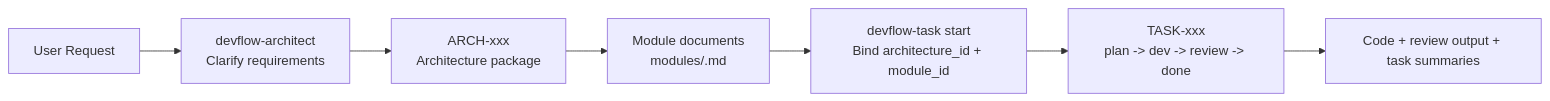
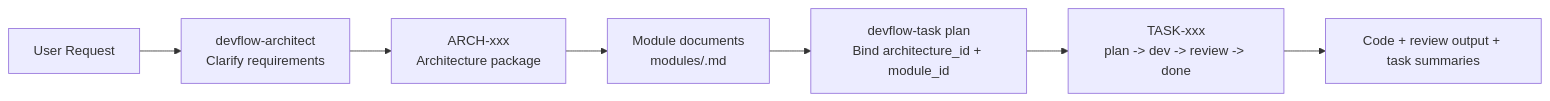
One commit to cryptowizard0/DevFlow changed the first of 3 diagrams in README.md. Above: the diagram before and after it, drawn with Mermaid. The commit also changed other lines of this file and 2 other files, not shown here.

Commit message:
Rename task entrypoint start to plan

````diff
--- a/README.md
+++ b/README.md
@@ -16,9 +16,9 @@
 ```mermaid
 flowchart LR
     U["User Request"] --> A["devflow-architect<br/>Clarify requirements"]
     A --> B["ARCH-xxx<br/>Architecture package"]
     B --> C["Module documents<br/>modules/<module-id>.md"]
-    C --> D["devflow-task start<br/>Bind architecture_id + module_id"]
+    C --> D["devflow-task plan<br/>Bind architecture_id + module_id"]
     D --> E["TASK-xxx<br/>plan -> dev -> review -> done"]
     E --> F["Code + review output + task summaries"]
 ```
````
